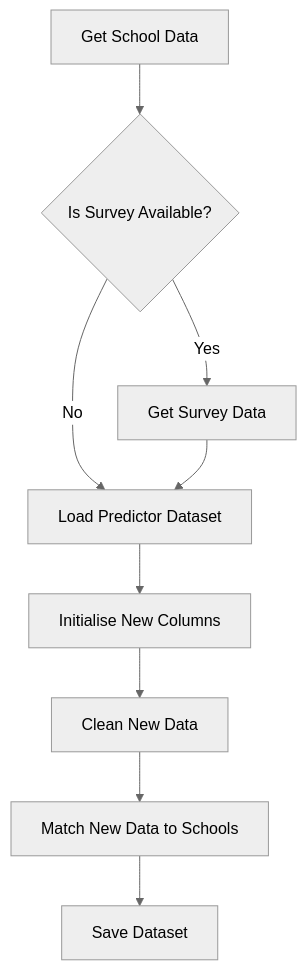
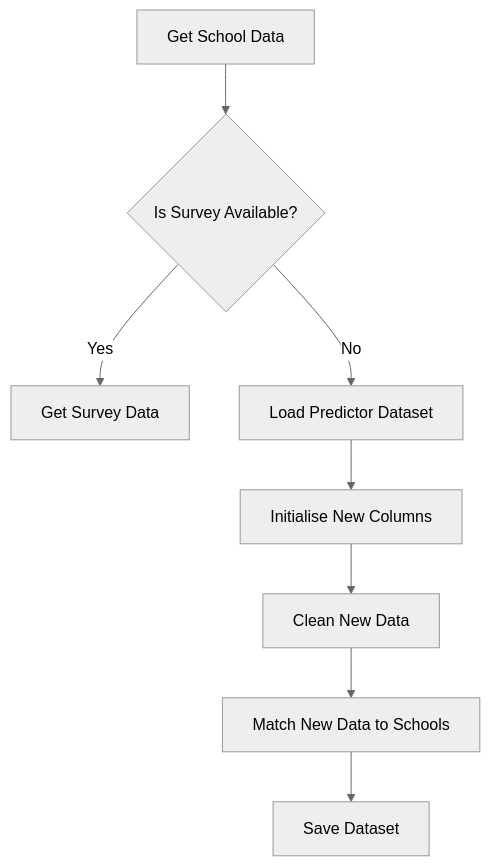
Before and after one commit to tovaperlman/ITU_Project: the second of 2 diagrams in itu-project/docs/fe.md, drawn with Mermaid (neutral theme).

````diff
--- a/itu-project/docs/fe.md
+++ b/itu-project/docs/fe.md
@@ -104,11 +104,10 @@
 ``` mermaid
 graph TD
   A[Get School Data] --> B{Is Survey Available?};
   B --> |Yes| C[Get Survey Data];
   B --> |No| D[Load Predictor Dataset];
-  C --> D;
   D --> E[Initialise New Columns];
   E --> F[Clean New Data];
   F --> G[Match New Data to Schools];
   G --> H[Save Dataset];
 ```
````
